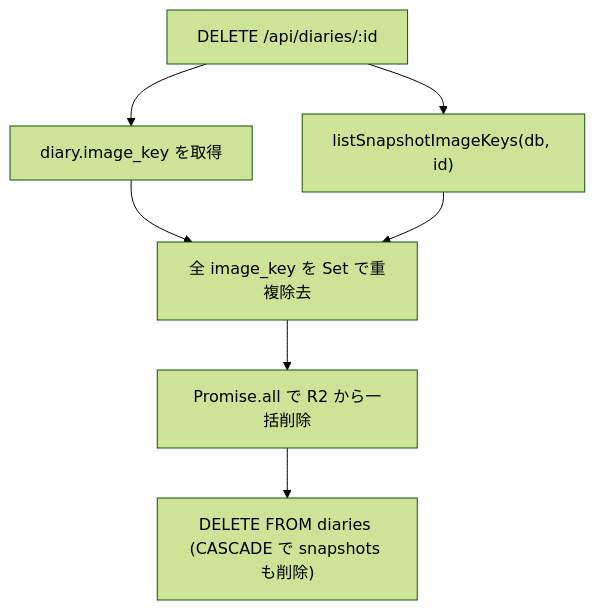
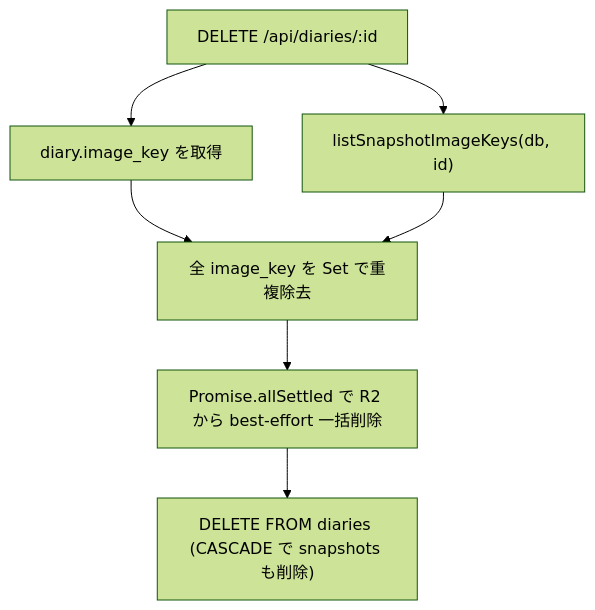
One commit to shimabox/400-diary changed the fifth of 5 diagrams in docs/architecture/image-upload.md. Above: the diagram before and after it, drawn with Mermaid (forest theme). The commit also changed other lines of this file and 4 other files, not shown here.

Commit message:
architecture docsを現行実装に揃える (#45)

````diff
--- a/docs/architecture/image-upload.md
+++ b/docs/architecture/image-upload.md
@@ -92,8 +116,8 @@
 ```mermaid
 flowchart TD
     A["DELETE /api/diaries/:id"] --> B[diary.image_key を取得]
     A --> C["listSnapshotImageKeys(db, id)"]
     B & C --> D[全 image_key を Set で重複除去]
-    D --> E["Promise.all で R2 から一括削除"]
+    D --> E["Promise.allSettled で R2 から best-effort 一括削除"]
     E --> F["DELETE FROM diaries (CASCADE で snapshots も削除)"]
 ```
````
